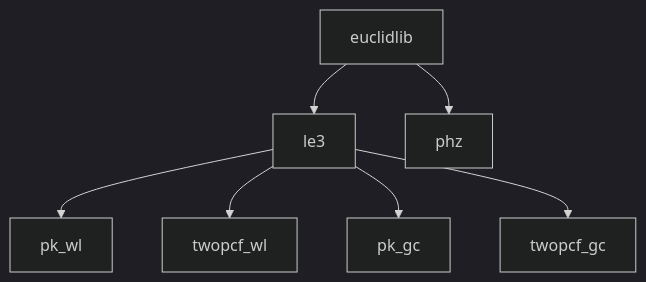
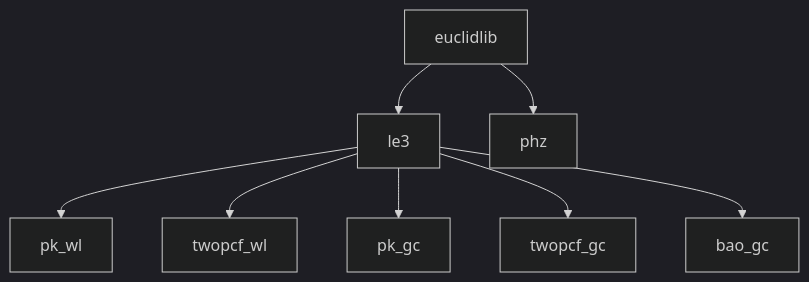
Before and after one commit to euclidlib/euclidlib: the diagram in README.md, drawn with Mermaid (dark theme). The commit also changed 4 other files, not shown here.

````diff
--- a/README.md
+++ b/README.md
@@ -44,20 +44,22 @@
 ```mermaid
 graph TD
     EUCLIDLIB[euclidlib]
 
     LE3[le3]
     PK_WL[pk_wl]
     TWOPCF_WL[twopcf_wl]
     PK_GC[pk_gc]
     TWOPCF_GC[twopcf_gc]
+	BAO_GC[bao_gc]
 
     PHZ[phz]
 
     EUCLIDLIB --> LE3
     EUCLIDLIB --> PHZ
 
     LE3 --> PK_WL
     LE3 --> TWOPCF_WL
     LE3 --> PK_GC
     LE3 --> TWOPCF_GC
+	LE3 --> BAO_GC
 ```
````
